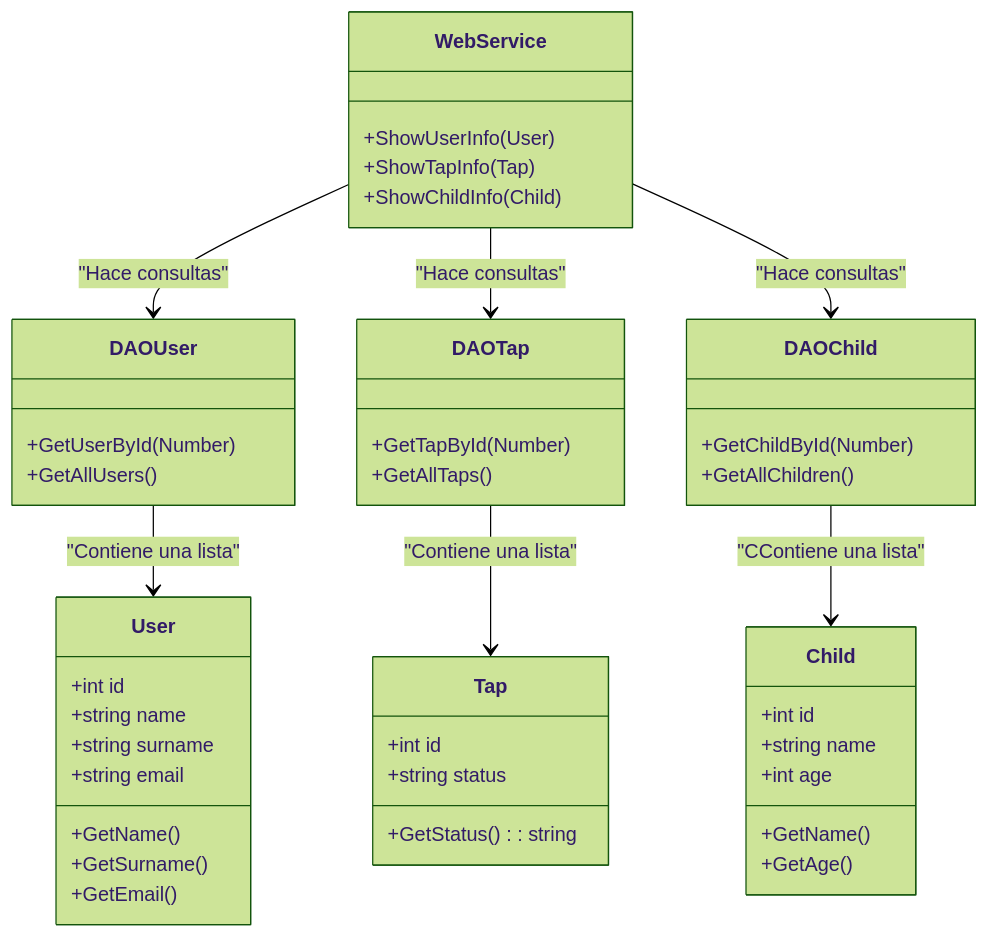
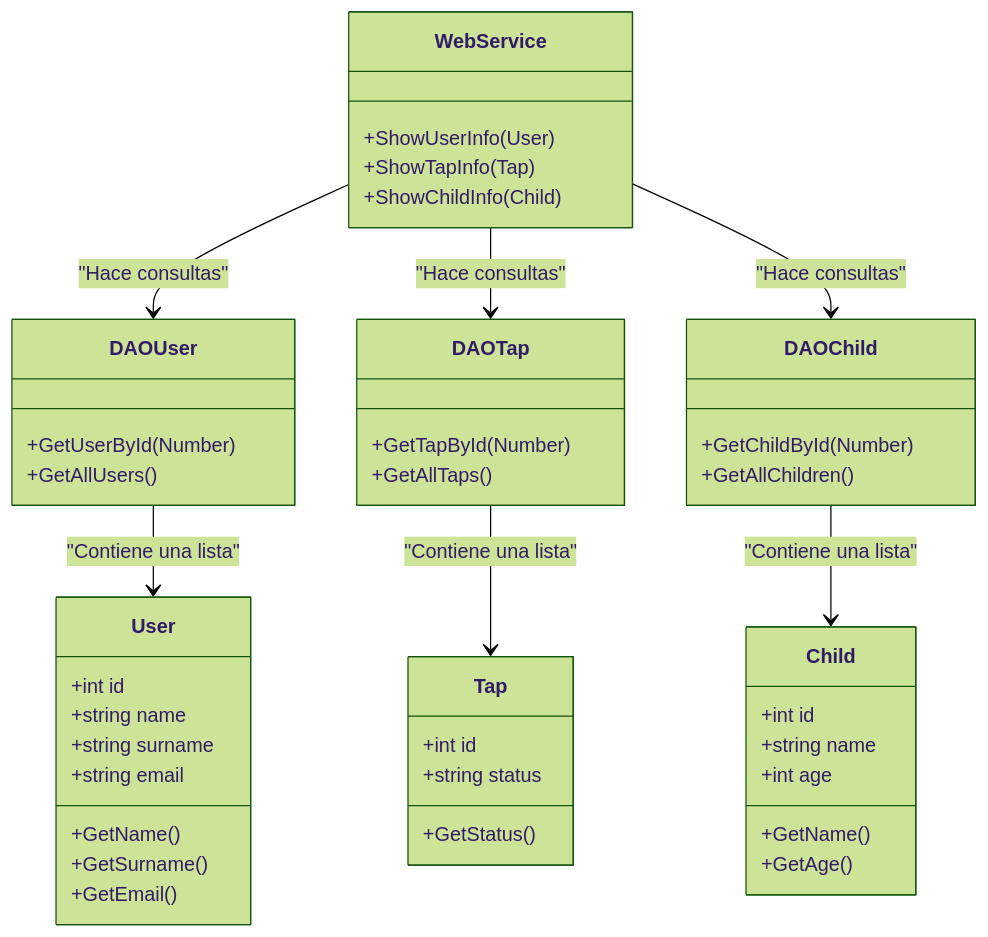
The diagram in prototipo2/frontend.mermaid (Dariella06/TapaTapp), drawn with Mermaid (forest theme) before and after one commit.

```diff
--- a/prototipo2/frontend.mermaid
+++ b/prototipo2/frontend.mermaid
@@ -1,52 +1,52 @@
 classDiagram
     WebService --> DAOUser : "Hace consultas"
     WebService --> DAOTap : "Hace consultas"
     WebService --> DAOChild : "Hace consultas"
     DAOUser --> User : "Contiene una lista"
     DAOTap --> Tap : "Contiene una lista"
-    DAOChild --> Child : "CContiene una lista"
+    DAOChild --> Child : "Contiene una lista"
 
     class WebService {
         +ShowUserInfo(User)
         +ShowTapInfo(Tap)
         +ShowChildInfo(Child)
     }
 
     class DAOUser {
         +GetUserById(Number)
         +GetAllUsers()
     }
 
     class DAOTap {
         +GetTapById(Number)
         +GetAllTaps()
     }
 
     class DAOChild {
         +GetChildById(Number)
         +GetAllChildren()
     }
 
     class User {
         +int id
         +string name
         +string surname
         +string email
         +GetName()
         +GetSurname()
         +GetEmail()
     }
 
     class Tap {
         +int id
         +string status
-        +GetStatus(): string
+        +GetStatus()
     }
 
     class Child {
         +int id
         +string name
         +int age
         +GetName()
         +GetAge()
     }
```
